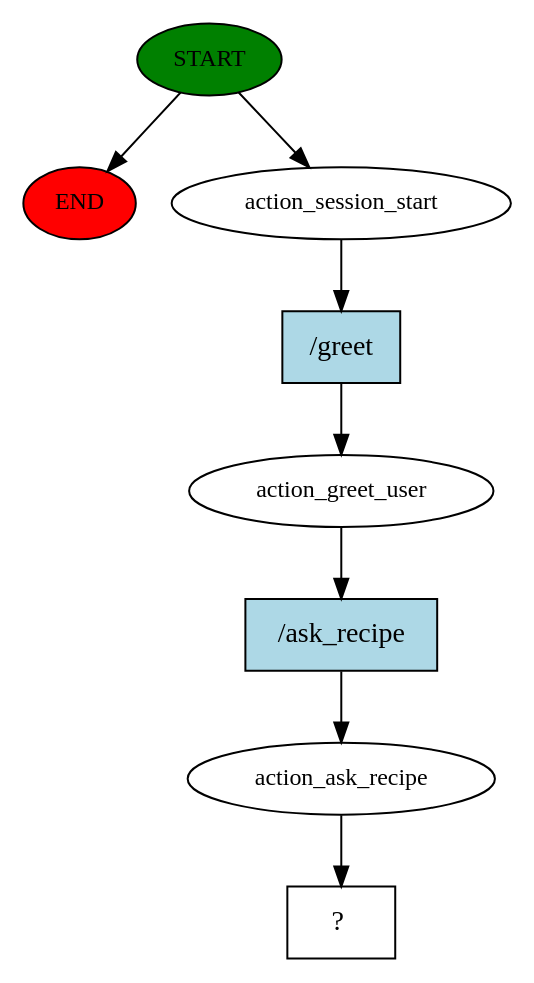
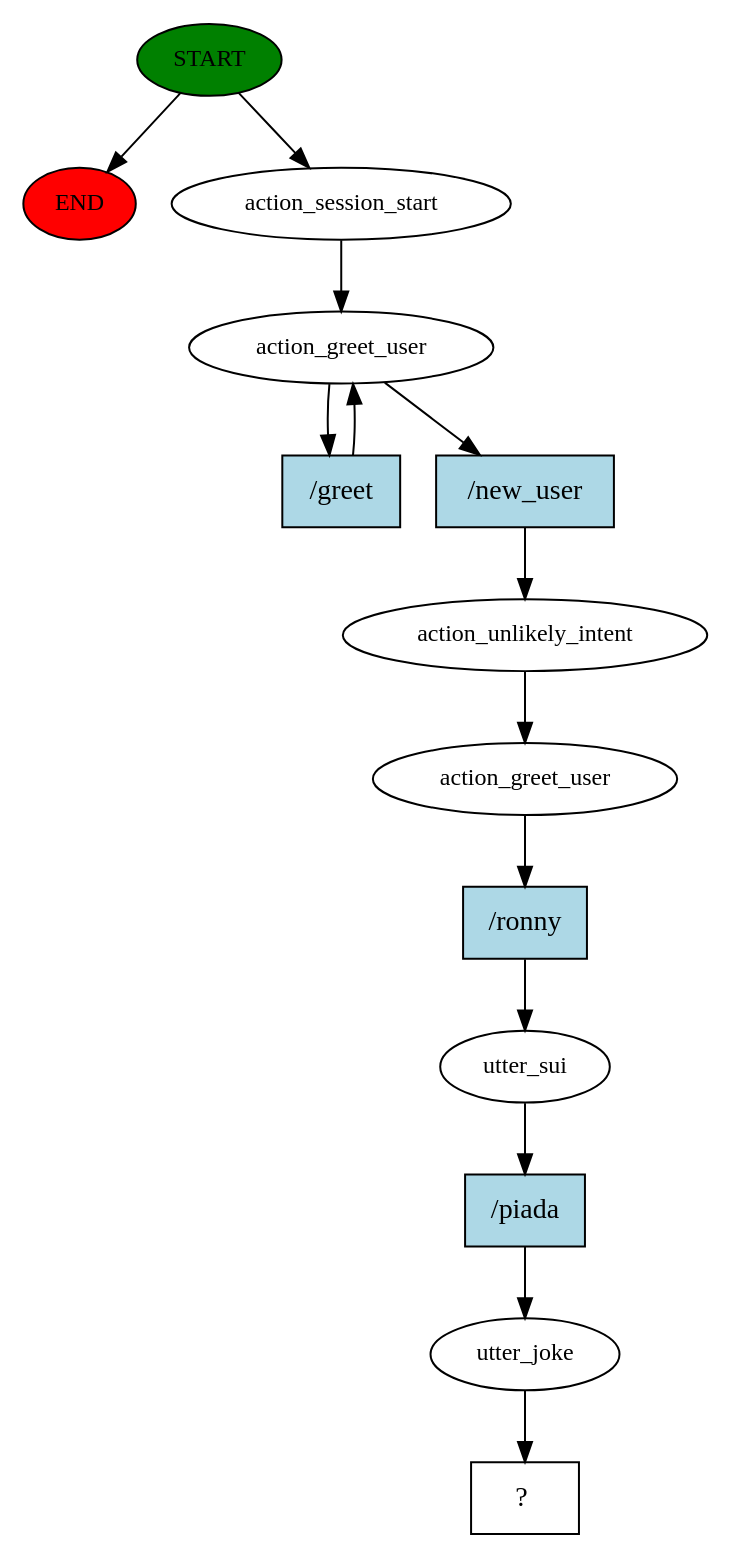
Before and after one commit to BernardoLeandro1/PI: the diagram in rasa-assistant/story_graph.dot, drawn with Graphviz. The commit also changed 288 other files, not shown here.

```diff
--- a/rasa-assistant/story_graph.dot
+++ b/rasa-assistant/story_graph.dot
@@ -1,17 +1,28 @@
 digraph  {
 0 [class="start active", fillcolor=green, fontsize=12, label=START, style=filled];
 "-1" [class=end, fillcolor=red, fontsize=12, label=END, style=filled];
 1 [class=active, fontsize=12, label=action_session_start];
 2 [class=active, fontsize=12, label=action_greet_user];
-3 [class=active, fontsize=12, label=action_ask_recipe];
-4 [class="intent dashed active", label="  ?  ", shape=rect];
-5 [class="intent active", fillcolor=lightblue, label="/greet", shape=rect, style=filled];
-6 [class="intent active", fillcolor=lightblue, label="/ask_recipe", shape=rect, style=filled];
+5 [class=active, fontsize=12, label=action_unlikely_intent];
+6 [class=active, fontsize=12, label=action_greet_user];
+7 [class=active, fontsize=12, label=utter_sui];
+8 [class=active, fontsize=12, label=utter_joke];
+9 [class="intent dashed active", label="  ?  ", shape=rect];
+10 [class="intent active", fillcolor=lightblue, label="/greet", shape=rect, style=filled];
+11 [class="intent active", fillcolor=lightblue, label="/new_user", shape=rect, style=filled];
+12 [class="intent active", fillcolor=lightblue, label="/ronny", shape=rect, style=filled];
+13 [class="intent active", fillcolor=lightblue, label="/piada", shape=rect, style=filled];
 0 -> "-1"  [class="", key=NONE, label=""];
 0 -> 1  [class=active, key=NONE, label=""];
-1 -> 5  [class=active, key=0];
-2 -> 6  [class=active, key=0];
-3 -> 4  [class=active, key=NONE, label=""];
-5 -> 2  [class=active, key=0];
-6 -> 3  [class=active, key=0];
+1 -> 2  [class=active, key=NONE, label=""];
+2 -> 10  [class=active, key=0];
+2 -> 11  [class=active, key=0];
+5 -> 6  [class=active, key=NONE, label=""];
+6 -> 12  [class=active, key=0];
+7 -> 13  [class=active, key=0];
+8 -> 9  [class=active, key=NONE, label=""];
+10 -> 2  [class=active, key=0];
+11 -> 5  [class=active, key=0];
+12 -> 7  [class=active, key=0];
+13 -> 8  [class=active, key=0];
 }
```
